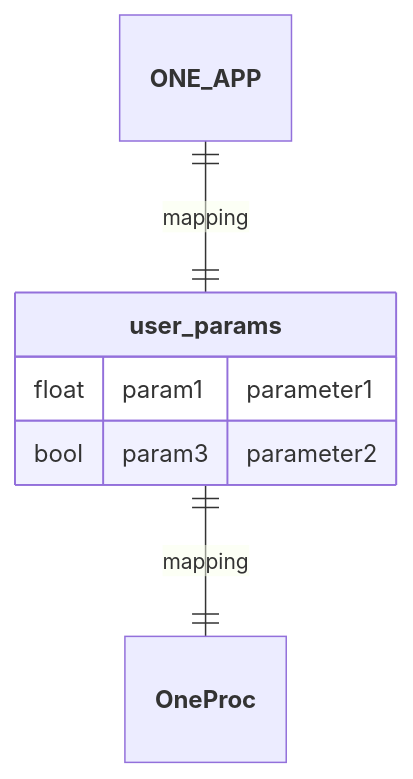
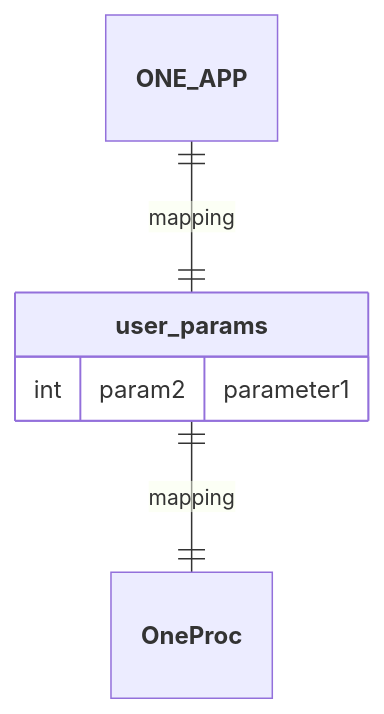
One commit to nuremics/nuremics changed the sixth of 17 diagrams in README.md. Above: the diagram before and after it, drawn with Mermaid. The commit also changed other lines of this file, not shown here.

````diff
--- a/README.md
+++ b/README.md
@@ -201,10 +201,9 @@
 ```mermaid
 erDiagram
   **ONE_APP** ||--|| **user_params** : mapping
   **user_params** ||--|| **OneProc** : mapping
 
   **user_params** {
-    float param1 "parameter1"
-    bool param3 "parameter2"
+    int param2 "parameter1"
   }
 ```
````
